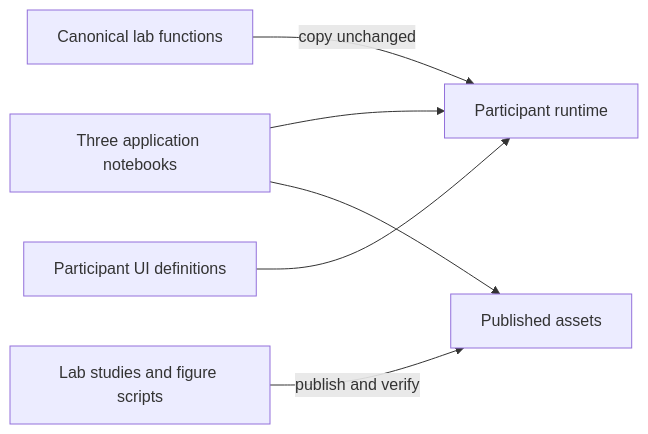
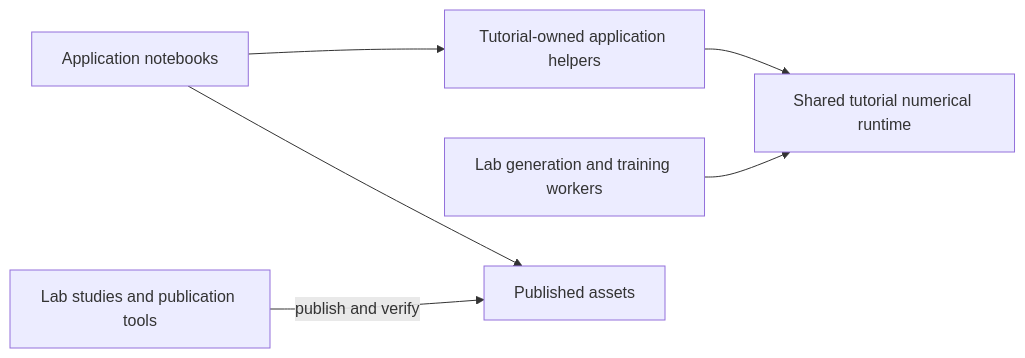
The diagram in README.md (fmuia/sbi4finance), drawn with Mermaid before and after one commit. The commit also changed other lines of this file and 108 other files, not shown here.

Commit message:
Make application tutorials own the numerical runtime reused by lab workers

````diff
--- a/README.md
+++ b/README.md
@@ -41,8 +46,8 @@
 ```mermaid
 flowchart LR
-    N[Three application notebooks] --> R[Participant runtime]
+    N[Application notebooks] --> R[Tutorial-owned application helpers]
+    R --> C[Shared tutorial numerical runtime]
+    L[Lab generation and training workers] --> C
     N --> A[Published assets]
-    L[Canonical lab functions] -->|copy unchanged| R
-    U[Participant UI definitions] --> R
-    S[Lab studies and figure scripts] -->|publish and verify| A
+    S[Lab studies and publication tools] -->|publish and verify| A
 ```
````
